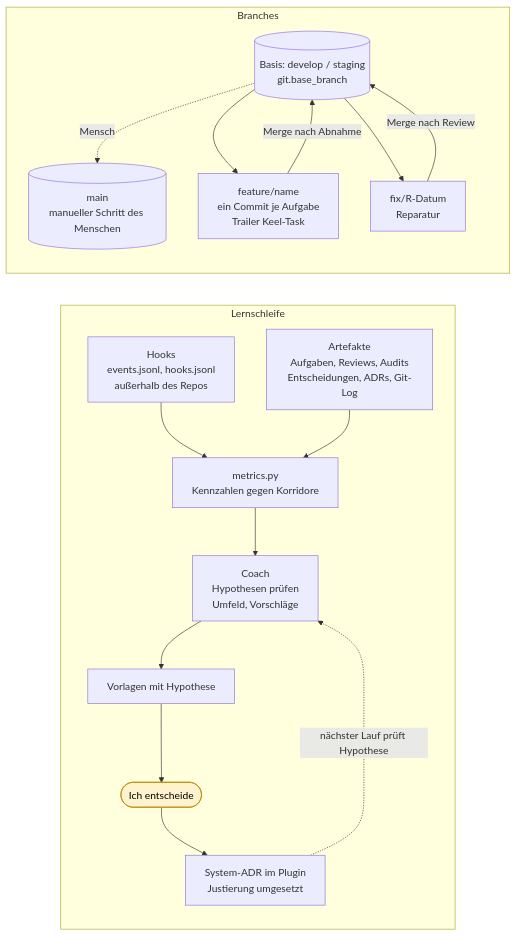
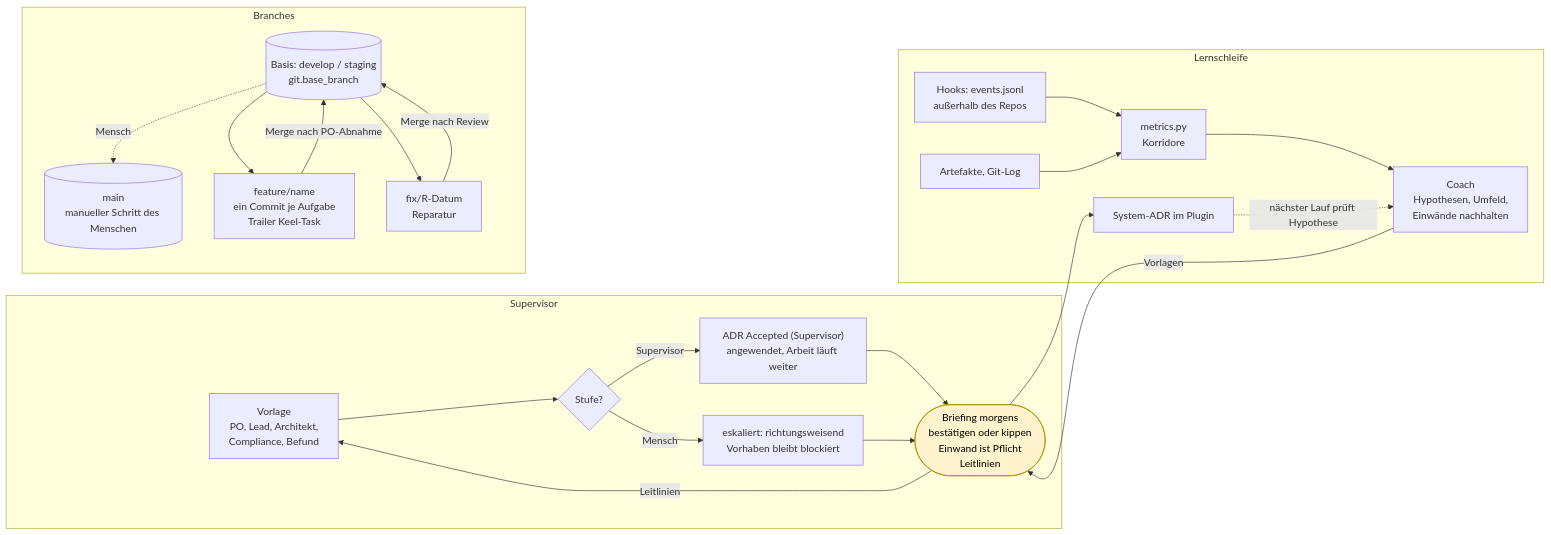
Before and after one commit to xXExceptionXx/keel: the seventh of 7 diagrams in docs/system.md, drawn with Mermaid. The commit also changed other lines of this file and 10 other files, not shown here.

First line of the commit message:
Review pass: docs and diagrams for 0.9, dead ends closed

````diff
--- a/docs/system.md
+++ b/docs/system.md
@@ -143,27 +186,37 @@
 ```mermaid
 flowchart LR
+    subgraph Supervisor
+        VL["Vorlage<br/>PO, Lead, Architekt,<br/>Compliance, Befund"]
+        SD{"Stufe?"}
+        ADR1["ADR Accepted (Supervisor)<br/>angewendet, Arbeit läuft weiter"]
+        ESK["eskaliert: richtungsweisend<br/>Vorhaben bleibt blockiert"]
+        BRF(["Briefing morgens<br/>bestätigen oder kippen<br/>Einwand ist Pflicht<br/>Leitlinien"])
+        VL --> SD
+        SD -->|Supervisor| ADR1 --> BRF
+        SD -->|Mensch| ESK --> BRF
+        BRF -->|Leitlinien| VL
+    end
     subgraph Lernschleife
-        H["Hooks<br/>events.jsonl, hooks.jsonl<br/>außerhalb des Repos"]
-        AR["Artefakte<br/>Aufgaben, Reviews, Audits<br/>Entscheidungen, ADRs, Git-Log"]
-        M["metrics.py<br/>Kennzahlen gegen Korridore"]
-        CO["Coach<br/>Hypothesen prüfen<br/>Umfeld, Vorschläge"]
-        V["Vorlagen mit Hypothese"]
-        I(["Ich entscheide"])
-        SA["System-ADR im Plugin<br/>Justierung umgesetzt"]
+        H["Hooks: events.jsonl<br/>außerhalb des Repos"]
+        AR["Artefakte, Git-Log"]
+        M["metrics.py<br/>Korridore"]
+        CO["Coach<br/>Hypothesen, Umfeld,<br/>Einwände nachhalten"]
+        SA["System-ADR im Plugin"]
         H --> M
         AR --> M
-        M --> CO --> V --> I --> SA
+        M --> CO -->|Vorlagen| BRF
+        BRF --> SA
         SA -. nächster Lauf prüft Hypothese .-> CO
     end
     subgraph Branches
         MAIN[("main<br/>manueller Schritt des Menschen")]
         BASE[("Basis: develop / staging<br/>git.base_branch")]
         F["feature/name<br/>ein Commit je Aufgabe<br/>Trailer Keel-Task"]
         X["fix/R-Datum<br/>Reparatur"]
-        BASE --> F -->|Merge nach Abnahme| BASE
+        BASE --> F -->|Merge nach PO-Abnahme| BASE
         BASE --> X -->|Merge nach Review| BASE
         BASE -. Mensch .-> MAIN
     end
     classDef human fill:#fff3cd,stroke:#b58900,color:#000
-    class I human
+    class BRF human
 ```
````
